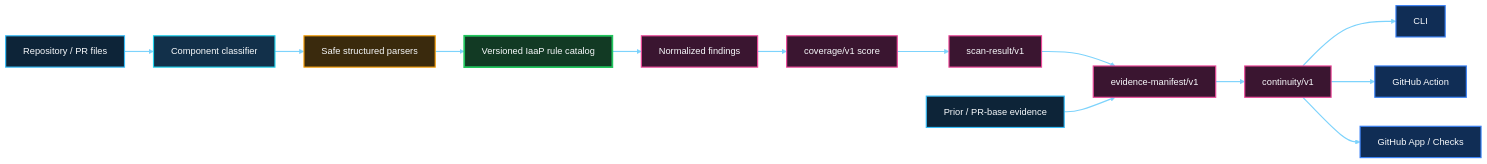
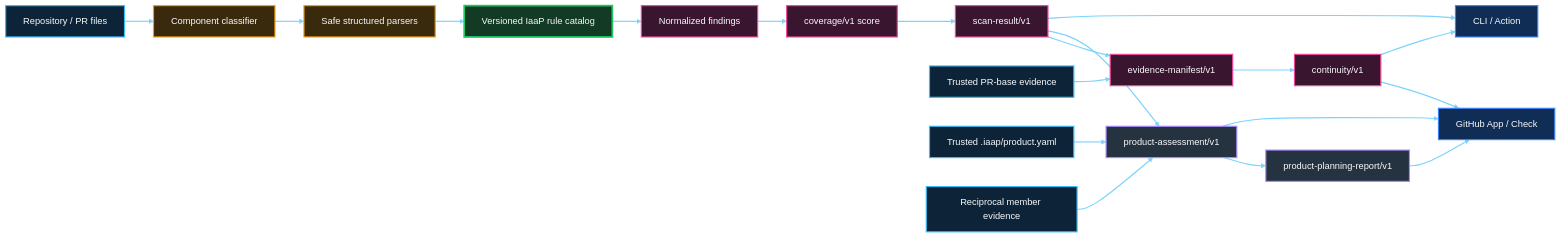
The diagram in README.md (SAABOLImpactVenture/iaap-guard), drawn with Mermaid (forest theme) before and after one commit. The commit also changed other lines of this file and 14 other files, not shown here.

````diff
--- a/README.md
+++ b/README.md
@@ -47,29 +99,38 @@
 ```mermaid
 flowchart LR
   REPO[Repository / PR files] --> CLASS[Component classifier]
   CLASS --> PARSE[Safe structured parsers]
   PARSE --> RULES[Versioned IaaP rule catalog]
   RULES --> FIND[Normalized findings]
   FIND --> SCORE[coverage/v1 score]
   SCORE --> SCAN[scan-result/v1]
-  SCAN --> EVID[evidence-manifest/v1]
-  BASE[Prior / PR-base evidence] --> EVID
+
+  BASE[Trusted PR-base evidence] --> EVID[evidence-manifest/v1]
+  SCAN --> EVID
   EVID --> CONT[continuity/v1]
-  CONT --> CLI[CLI]
-  CONT --> ACTION[GitHub Action]
-  CONT --> APP[GitHub App / Checks]
+
+  MAN[Trusted .iaap/product.yaml] --> PROD[product-assessment/v1]
+  MEMBERS[Reciprocal member evidence] --> PROD
+  SCAN --> PROD
+  PROD --> PLAN[product-planning-report/v1]
+
+  CONT --> APP[GitHub App / Check]
+  PROD --> APP
+  PLAN --> APP
+  SCAN --> CLI[CLI / Action]
+  CONT --> CLI
 
   classDef input fill:#0D2438,stroke:#38BDF8,stroke-width:2px,color:#F8FAFC
-  classDef classifier fill:#12304A,stroke:#22D3EE,stroke-width:2px,color:#F8FAFC
   classDef governance fill:#3A2A0D,stroke:#F59E0B,stroke-width:2px,color:#F8FAFC
   classDef rules fill:#123A24,stroke:#22C55E,stroke-width:3px,color:#F8FAFC
   classDef evidence fill:#3A1530,stroke:#EC4899,stroke-width:2px,color:#F8FAFC
+  classDef product fill:#253341,stroke:#A78BFA,stroke-width:2px,color:#F8FAFC
   classDef adapter fill:#102D55,stroke:#3B82F6,stroke-width:2px,color:#F8FAFC
-  class REPO,BASE input
-  class CLASS classifier
-  class PARSE governance
+  class REPO,BASE,MAN,MEMBERS input
+  class CLASS,PARSE governance
   class RULES rules
   class FIND,SCORE,SCAN,EVID,CONT evidence
-  class CLI,ACTION,APP adapter
+  class PROD,PLAN product
+  class CLI,APP adapter
   linkStyle default stroke:#7DD3FC,stroke-width:2px
 ```
````
